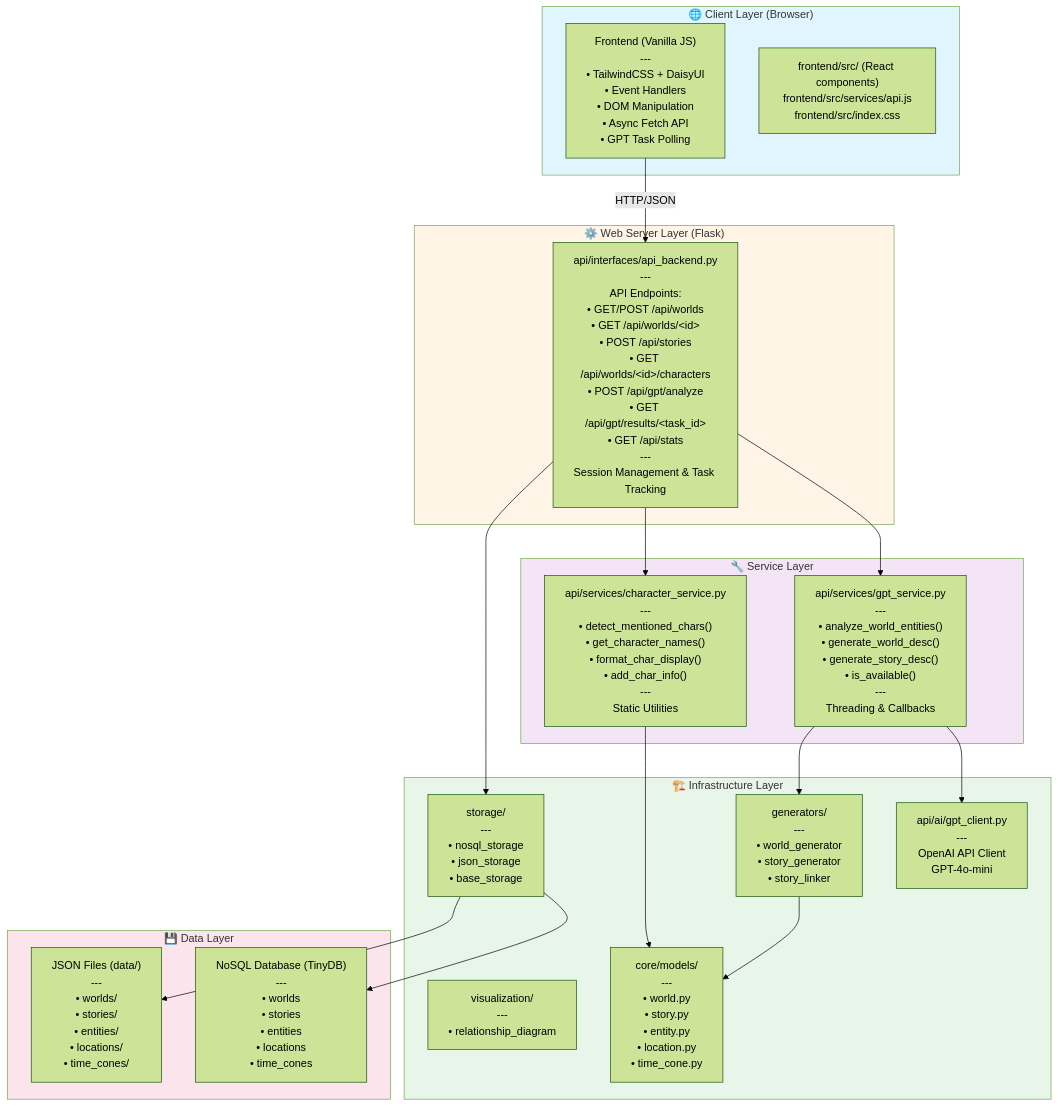
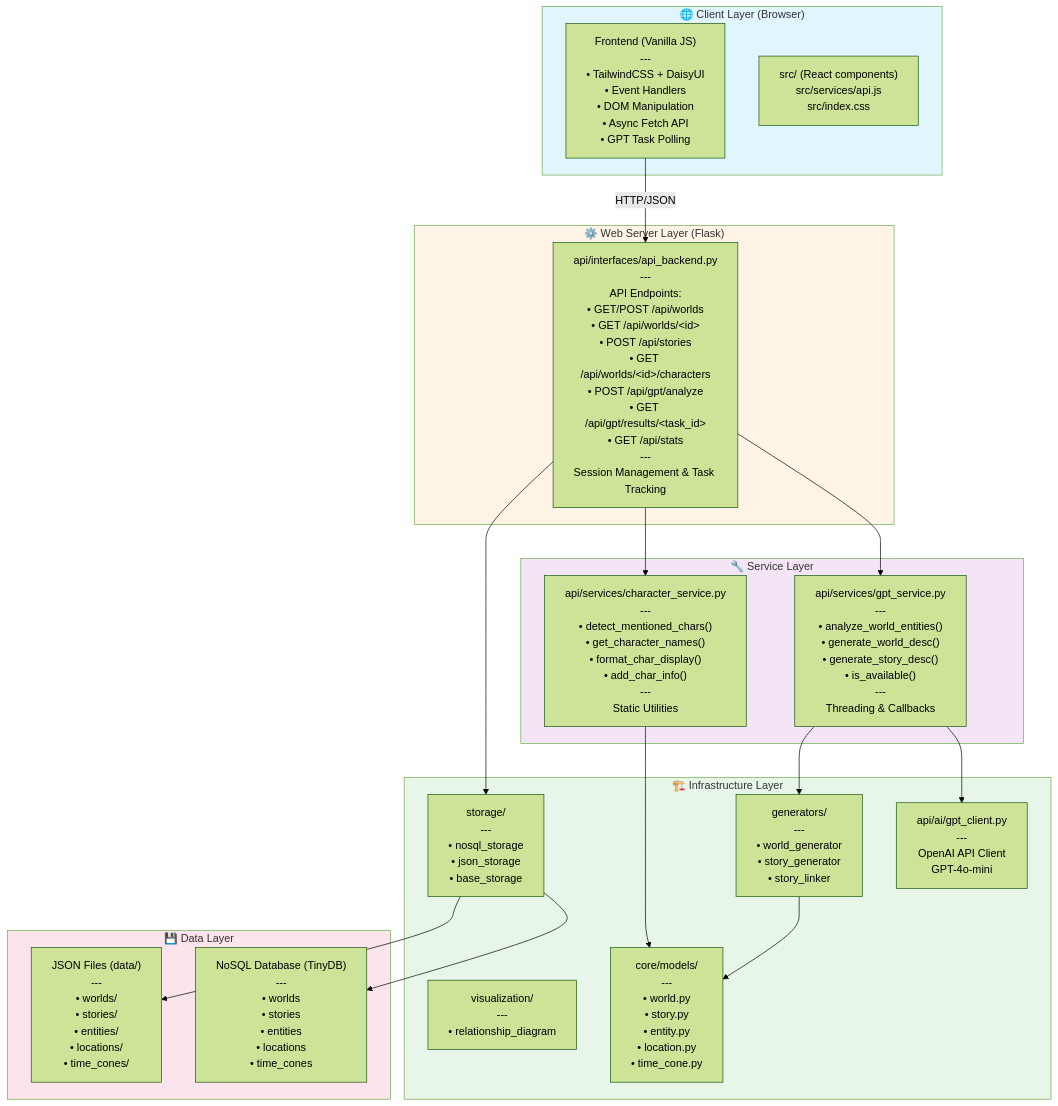
One commit to AI-Nhat-Phuc/story-creator changed the first of 6 diagrams in docs/architecture_diagram.md. Above: the diagram before and after it, drawn with Mermaid (forest theme). The commit also changed 27 other files, not shown here.

````diff
--- a/docs/architecture_diagram.md
+++ b/docs/architecture_diagram.md
@@ -5,46 +5,46 @@
 ```mermaid
 graph TB
     subgraph Client["🌐 Client Layer (Browser)"]
         Frontend["Frontend (Vanilla JS)<br/>---<br/>• TailwindCSS + DaisyUI<br/>• Event Handlers<br/>• DOM Manipulation<br/>• Async Fetch API<br/>• GPT Task Polling"]
-        Templates["frontend/src/ (React components)<br/>frontend/src/services/api.js<br/>frontend/src/index.css"]
+        Templates["src/ (React components)<br/>src/services/api.js<br/>src/index.css"]
     end
 
     subgraph WebServer["⚙️ Web Server Layer (Flask)"]
         API["api/interfaces/api_backend.py<br/>---<br/>API Endpoints:<br/>• GET/POST /api/worlds<br/>• GET /api/worlds/&lt;id&gt;<br/>• POST /api/stories<br/>• GET /api/worlds/&lt;id&gt;/characters<br/>• POST /api/gpt/analyze<br/>• GET /api/gpt/results/&lt;task_id&gt;<br/>• GET /api/stats<br/>---<br/>Session Management & Task Tracking"]
     end
 
     subgraph Services["🔧 Service Layer"]
         GPTService["api/services/gpt_service.py<br/>---<br/>• analyze_world_entities()<br/>• generate_world_desc()<br/>• generate_story_desc()<br/>• is_available()<br/>---<br/>Threading & Callbacks"]
         CharService["api/services/character_service.py<br/>---<br/>• detect_mentioned_chars()<br/>• get_character_names()<br/>• format_char_display()<br/>• add_char_info()<br/>---<br/>Static Utilities"]
     end
 
     subgraph Infrastructure["🏗️ Infrastructure Layer"]
         AI["api/ai/gpt_client.py<br/>---<br/>OpenAI API Client<br/>GPT-4o-mini"]
         Generators["generators/<br/>---<br/>• world_generator<br/>• story_generator<br/>• story_linker"]
         Storage["storage/<br/>---<br/>• nosql_storage<br/>• json_storage<br/>• base_storage"]
         Viz["visualization/<br/>---<br/>• relationship_diagram"]
         Models["core/models/<br/>---<br/>• world.py<br/>• story.py<br/>• entity.py<br/>• location.py<br/>• time_cone.py"]
     end
 
     subgraph Data["💾 Data Layer"]
         NoSQL["NoSQL Database (TinyDB)<br/>---<br/>• worlds<br/>• stories<br/>• entities<br/>• locations<br/>• time_cones"]
         JSON["JSON Files (data/)<br/>---<br/>• worlds/<br/>• stories/<br/>• entities/<br/>• locations/<br/>• time_cones/"]
     end
 
     Frontend -->|HTTP/JSON| API
     API --> GPTService
     API --> CharService
     GPTService --> AI
     GPTService --> Generators
     CharService --> Models
     API --> Storage
     Storage --> NoSQL
     Storage --> JSON
     Generators --> Models
 
     style Client fill:#e1f5ff
     style WebServer fill:#fff4e6
     style Services fill:#f3e5f5
     style Infrastructure fill:#e8f5e9
     style Data fill:#fce4ec
 ```
````
